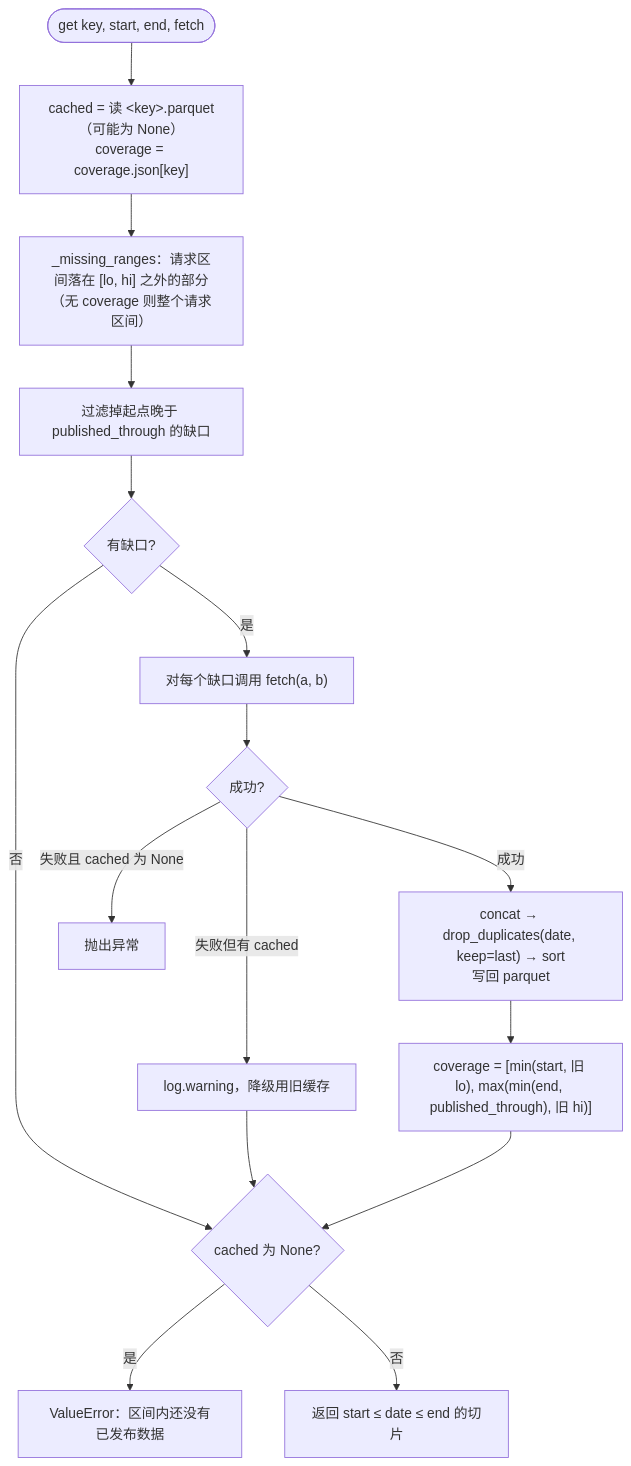
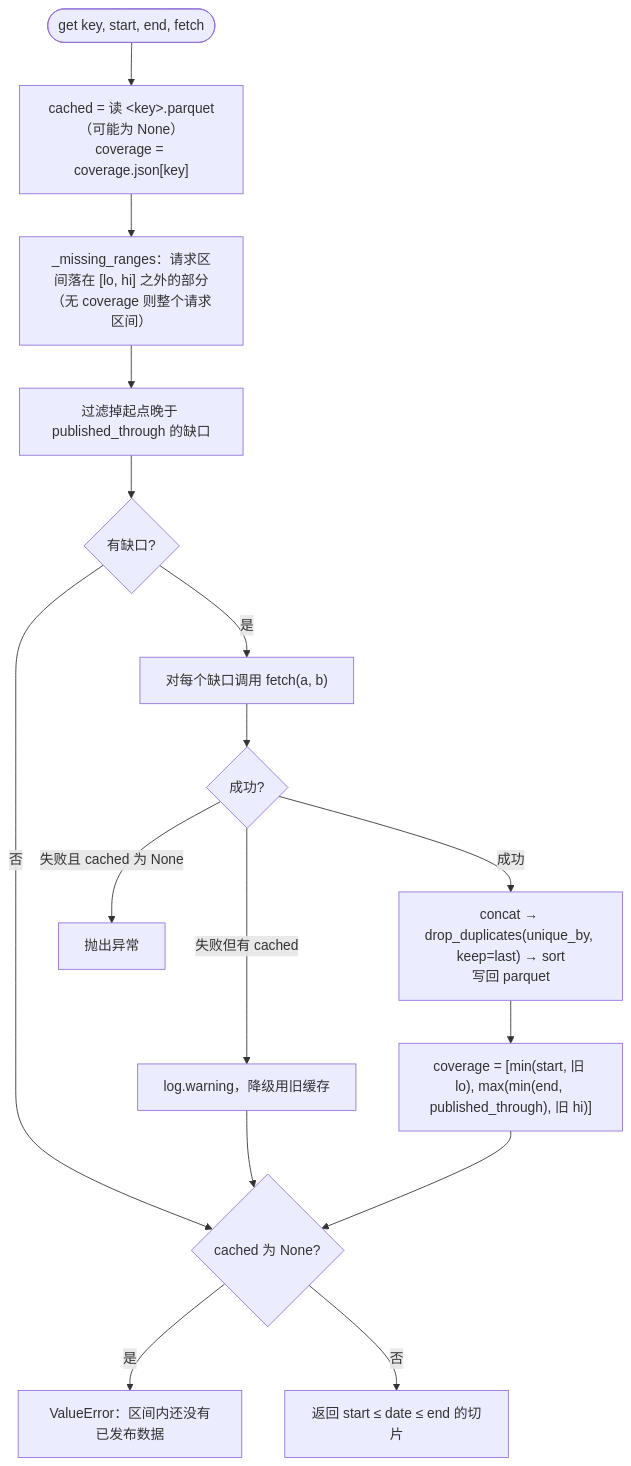
Diagram 11 of 25 in docs/code-walkthrough.md (guevara12345/quant), drawn with Mermaid before and after one commit. The commit also changed other lines of this file and 33 other files, not shown here.

````diff
--- a/docs/code-walkthrough.md
+++ b/docs/code-walkthrough.md
@@ -498,18 +598,18 @@
 ```mermaid
 flowchart TD
     G([get key, start, end, fetch]) --> R["cached = 读 &lt;key&gt;.parquet（可能为 None）<br/>coverage = coverage.json[key]"]
     R --> MR["_missing_ranges：请求区间落在 [lo, hi] 之外的部分<br/>（无 coverage 则整个请求区间）"]
     MR --> PF["过滤掉起点晚于 published_through 的缺口"]
     PF --> Q{有缺口?}
     Q -- 否 --> Slice
     Q -- 是 --> Fetch["对每个缺口调用 fetch(a, b)"]
     Fetch --> OK{成功?}
     OK -- 失败且 cached 为 None --> Raise[抛出异常]
     OK -- 失败但有 cached --> Warn["log.warning，降级用旧缓存"] --> Slice
-    OK -- 成功 --> Merge["concat → drop_duplicates(date, keep=last) → sort<br/>写回 parquet"]
+    OK -- 成功 --> Merge["concat → drop_duplicates(unique_by, keep=last) → sort<br/>写回 parquet"]
     Merge --> Cov["coverage = [min(start, 旧 lo), max(min(end, published_through), 旧 hi)]"]
     Cov --> Slice
     Slice{cached 为 None?}
     Slice -- 是 --> VE[ValueError：区间内还没有已发布数据]
     Slice -- 否 --> Ret["返回 start ≤ date ≤ end 的切片"]
 ```
````
